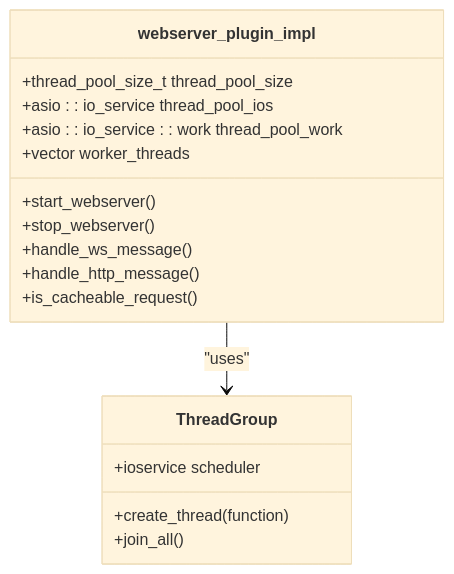
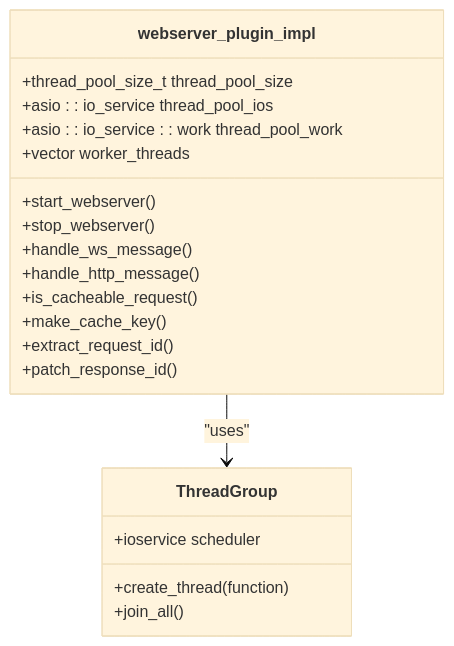
Before and after one commit to VIZ-Blockchain/viz-cpp-node: the eighth of 12 diagrams in .qoder/repowiki/en/content/Webserver Plugin.md, drawn with Mermaid (base theme). The commit also changed other lines of this file and 1 other file, not shown here.

````diff
--- a/.qoder/repowiki/en/content/Webserver Plugin.md
+++ b/.qoder/repowiki/en/content/Webserver Plugin.md
@@ -293,20 +327,23 @@
 ```mermaid
 classDiagram
 class webserver_plugin_impl {
 +thread_pool_size_t thread_pool_size
 +asio : : io_service thread_pool_ios
 +asio : : io_service : : work thread_pool_work
 +vector<boost : : thread> worker_threads
 +start_webserver()
 +stop_webserver()
 +handle_ws_message()
 +handle_http_message()
 +is_cacheable_request()
++make_cache_key()
++extract_request_id()
++patch_response_id()
 }
 class ThreadGroup {
 +create_thread(function)
 +join_all()
 +ioservice scheduler
 }
 webserver_plugin_impl --> ThreadGroup : "uses"
 ```
````
